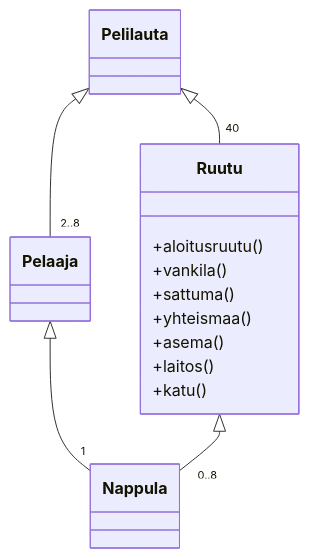
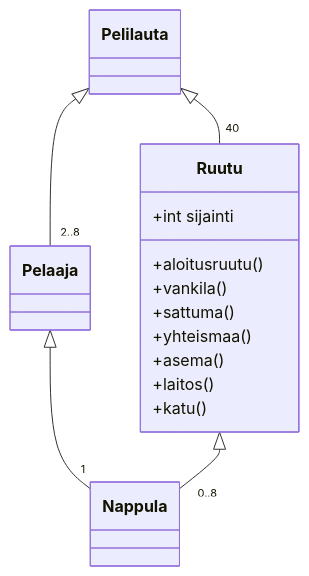
Before and after one commit to tapsamies/ot-harjoitustyo: the diagram in laskarit/viikko3/luokkkakaavio.md, drawn with Mermaid.

````diff
--- a/laskarit/viikko3/luokkkakaavio.md
+++ b/laskarit/viikko3/luokkkakaavio.md
@@ -1,30 +1,30 @@
 ```mermaid
 classDiagram
 	Pelilauta <|-- "40" Ruutu
 	Pelaaja <|-- "1" Nappula
 	Ruutu <|-- "0..8" Nappula
 	Pelilauta <|-- "2..8" Pelaaja
 	class Ruutu{
-		
+		+int sijainti
 		+aloitusruutu()
 		+vankila()
 		+sattuma()
 		+yhteismaa()
 		+asema()
 		+laitos()
 		+katu()
 	
 	}
 	
 
 
 
 
 
 
 
 
 
 
 
 ```
````
